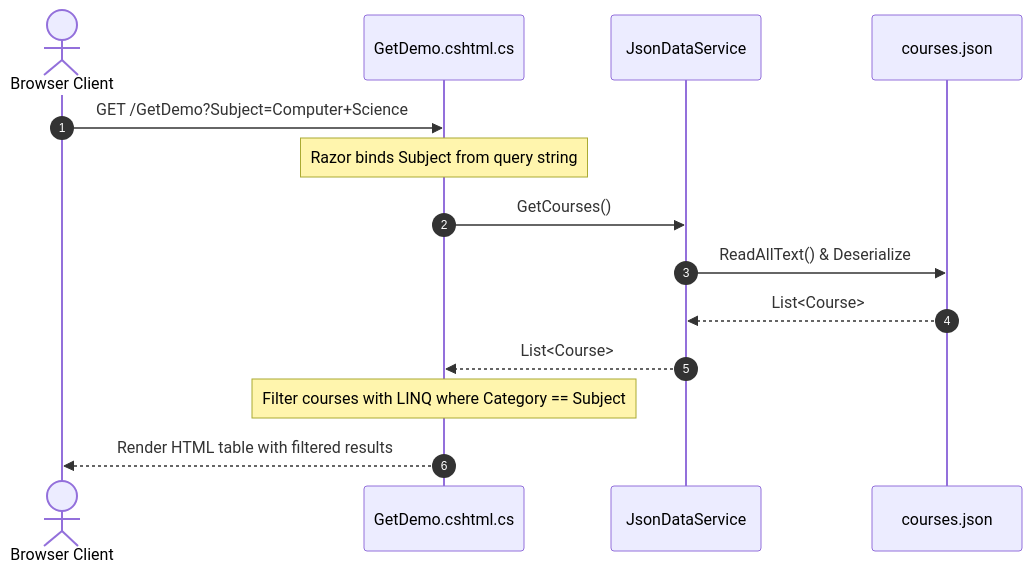
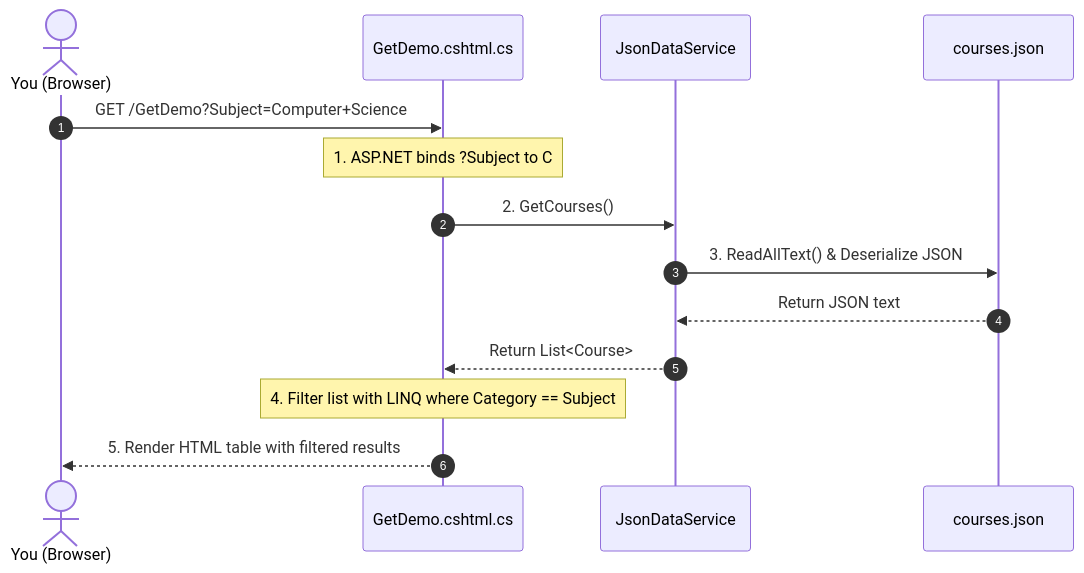
One commit to mustbebuilt/webdev-razor-http-methods changed the first of 2 diagrams in how-the-data-works.md. Above: the diagram before and after it, drawn with Mermaid. The commit also changed other lines of this file and 1 other file, not shown here.

````diff
--- a/how-the-data-works.md
+++ b/how-the-data-works.md
@@ -229,17 +252,17 @@
 ```mermaid
 sequenceDiagram
     autonumber
-    actor User as Browser Client
+    actor Student as You (Browser)
     participant Page as GetDemo.cshtml.cs
     participant Service as JsonDataService
     participant File as courses.json
 
-    User->>Page: GET /GetDemo?Subject=Computer+Science
-    Note over Page: Razor binds Subject from query string
-    Page->>Service: GetCourses()
-    Service->>File: ReadAllText() & Deserialize
-    File-->>Service: List<Course>
-    Service-->>Page: List<Course>
-    Note over Page: Filter courses with LINQ where Category == Subject
-    Page-->>User: Render HTML table with filtered results
+    Student->>Page: GET /GetDemo?Subject=Computer+Science
+    Note over Page: 1. ASP.NET binds ?Subject to C# property
+    Page->>Service: 2. GetCourses()
+    Service->>File: 3. ReadAllText() & Deserialize JSON
+    File-->>Service: Return JSON text
+    Service-->>Page: Return List<Course>
+    Note over Page: 4. Filter list with LINQ where Category == Subject
+    Page-->>Student: 5. Render HTML table with filtered results
 ```
````
